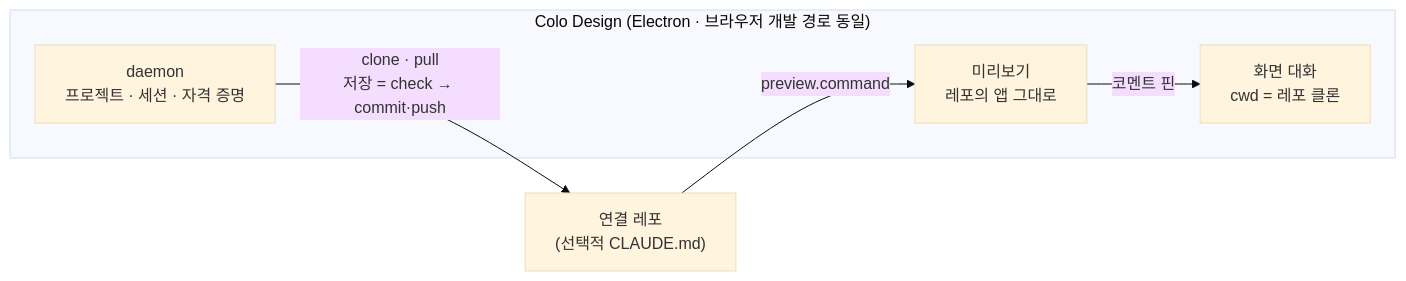
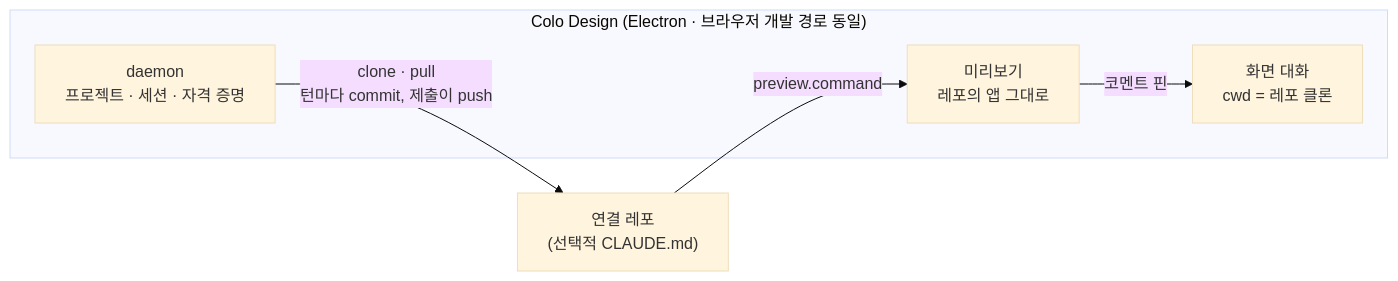
The second of 2 diagrams in README.md (inkwonjung-colosseum/colo-design), drawn with Mermaid (base theme) before and after one commit. The commit also changed other lines of this file, not shown here.

````diff
--- a/README.md
+++ b/README.md
@@ -634,12 +719,12 @@
 ```mermaid
 flowchart LR
     subgraph app["Colo Design (Electron · 브라우저 개발 경로 동일)"]
         design["화면 대화<br/>cwd = 레포 클론"]
         preview["미리보기<br/>레포의 앱 그대로"]
         daemon["daemon<br/>프로젝트 · 세션 · 자격 증명"]
     end
     repo["연결 레포<br/>(선택적 CLAUDE.md)"]
-    daemon -->|"clone · pull<br/>저장 = check → commit·push"| repo
+    daemon -->|"clone · pull<br/>턴마다 commit, 제출이 push"| repo
     repo -->|"preview.command"| preview
     preview -->|"코멘트 핀"| design
 ```
````
